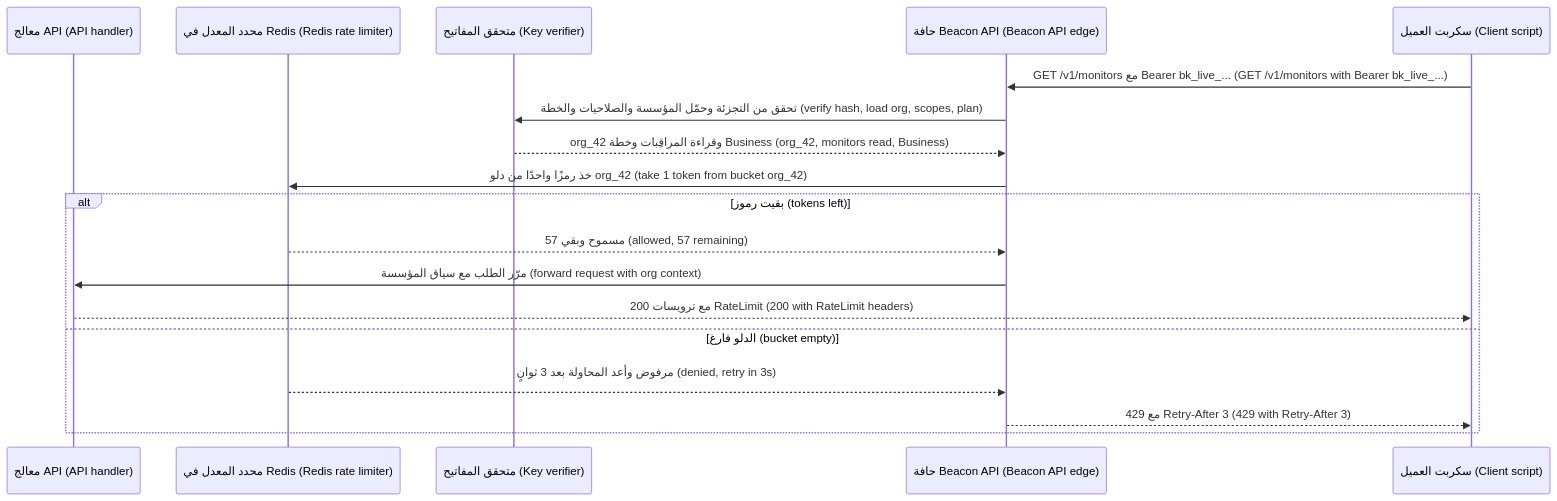
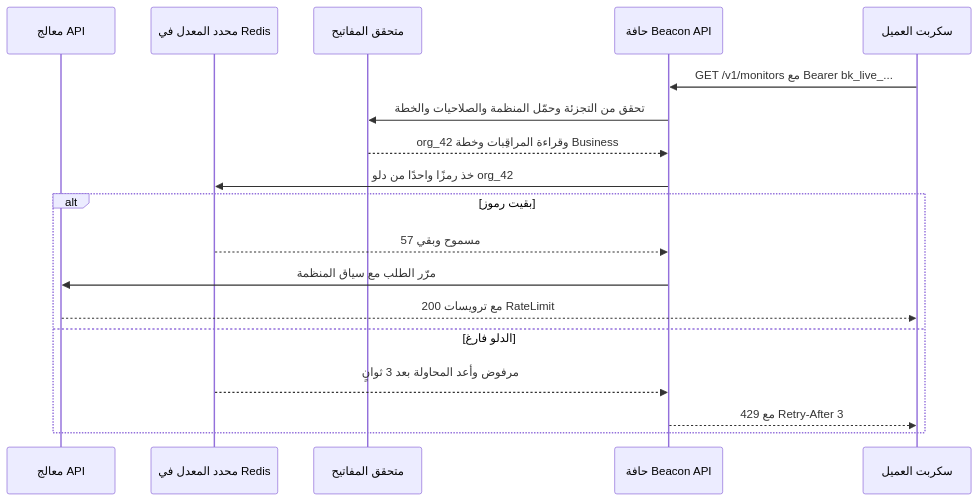
Before and after one commit to Tamoura/system-design-for-vibe-coders: the second of 4 diagrams in saas/modules/05-background-integrations.ar.md, drawn with Mermaid. The commit also changed other lines of this file and 551 other files, not shown here.

````diff
--- a/saas/modules/05-background-integrations.ar.md
+++ b/saas/modules/05-background-integrations.ar.md
@@ -399,20 +399,20 @@
 ```mermaid
 sequenceDiagram
-    participant A as معالج API (API handler)
-    participant R as محدد المعدل في Redis (Redis rate limiter)
-    participant K as متحقق المفاتيح (Key verifier)
-    participant G as حافة Beacon API (Beacon API edge)
-    participant C as سكربت العميل (Client script)
-  C->>G: GET /v1/monitors مع Bearer bk_live_... (GET /v1/monitors with Bearer bk_live_...)
-  G->>K: تحقق من التجزئة وحمّل المؤسسة والصلاحيات والخطة (verify hash, load org, scopes, plan)
-  K-->>G: org_42 وقراءة المراقِبات وخطة Business (org_42, monitors read, Business)
-  G->>R: خذ رمزًا واحدًا من دلو org_42 (take 1 token from bucket org_42)
-  alt بقيت رموز (tokens left)
-    R-->>G: مسموح وبقي 57 (allowed, 57 remaining)
-    G->>A: مرّر الطلب مع سياق المؤسسة (forward request with org context)
-    A-->>C: 200 مع ترويسات RateLimit (200 with RateLimit headers)
-  else الدلو فارغ (bucket empty)
-    R-->>G: مرفوض وأعد المحاولة بعد 3 ثوانٍ (denied, retry in 3s)
-    G-->>C: 429 مع Retry-After 3 (429 with Retry-After 3)
+    participant A as معالج API
+    participant R as محدد المعدل في Redis
+    participant K as متحقق المفاتيح
+    participant G as حافة Beacon API
+    participant C as سكربت العميل
+  C->>G: GET /v1/monitors مع Bearer bk_live_...
+  G->>K: تحقق من التجزئة وحمّل المنظمة والصلاحيات والخطة
+  K-->>G: org_42 وقراءة المراقِبات وخطة Business
+  G->>R: خذ رمزًا واحدًا من دلو org_42
+  alt بقيت رموز
+    R-->>G: مسموح وبقي 57
+    G->>A: مرّر الطلب مع سياق المنظمة
+    A-->>C: 200 مع ترويسات RateLimit
+  else الدلو فارغ
+    R-->>G: مرفوض وأعد المحاولة بعد 3 ثوانٍ
+    G-->>C: 429 مع Retry-After 3
   end
 ```
````
